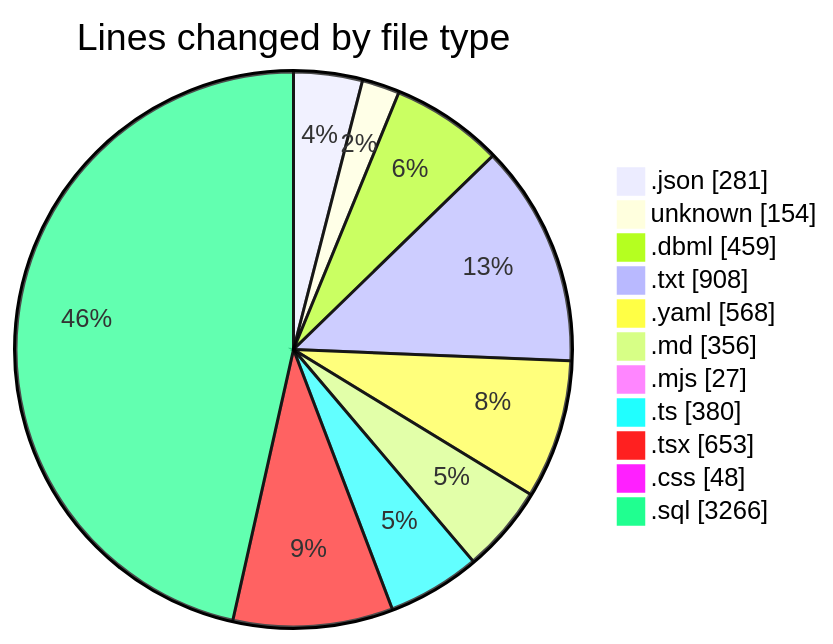
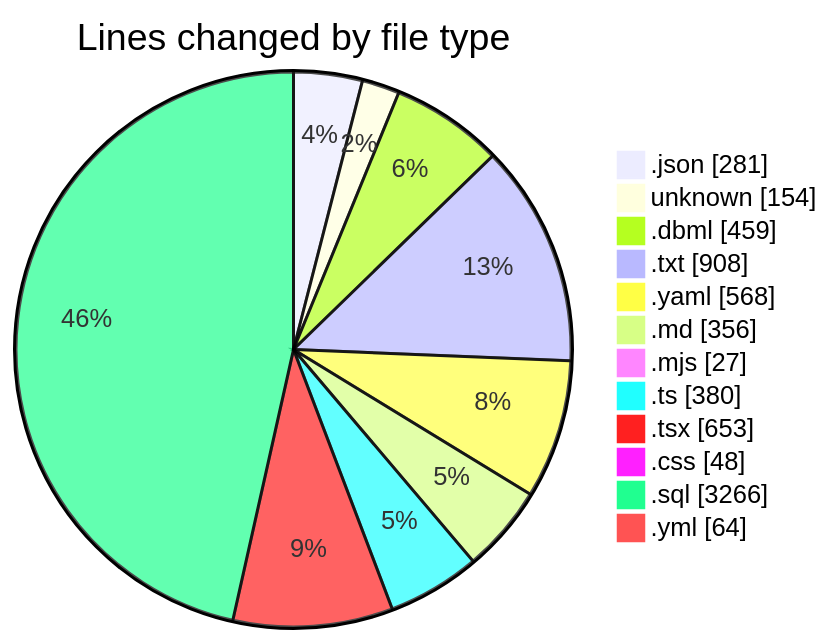
The first of 2 diagrams in 2025-10-02/oura-api/README.md (mevix1/code-tracking), drawn with Mermaid before and after one commit. The commit also changed other lines of this file and 1 other file, not shown here.

````diff
--- a/2025-10-02/oura-api/README.md
+++ b/2025-10-02/oura-api/README.md
@@ -71,15 +72,16 @@
 ```mermaid
 pie showData
 title Lines changed by file type
 ".json" : 281
 "unknown" : 154
 ".dbml" : 459
 ".txt" : 908
 ".yaml" : 568
 ".md" : 356
 ".mjs" : 27
 ".ts" : 380
 ".tsx" : 653
 ".css" : 48
 ".sql" : 3266
+".yml" : 64
 ```
````
